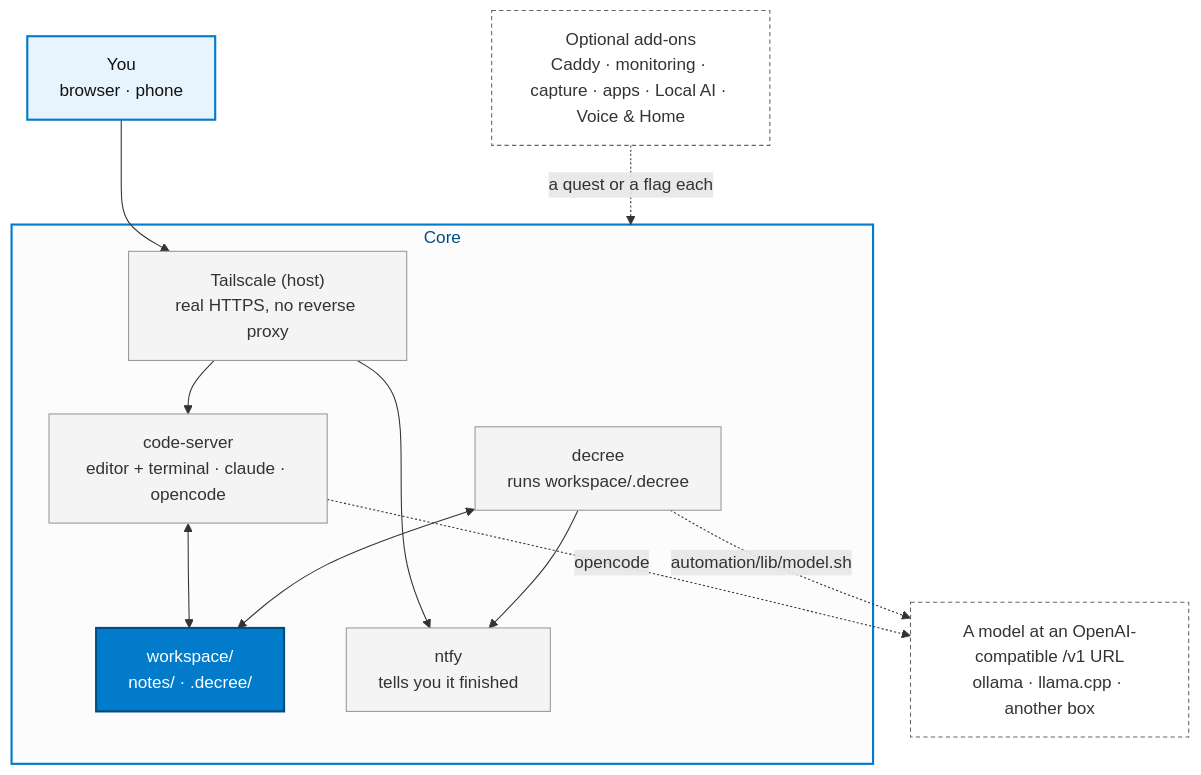
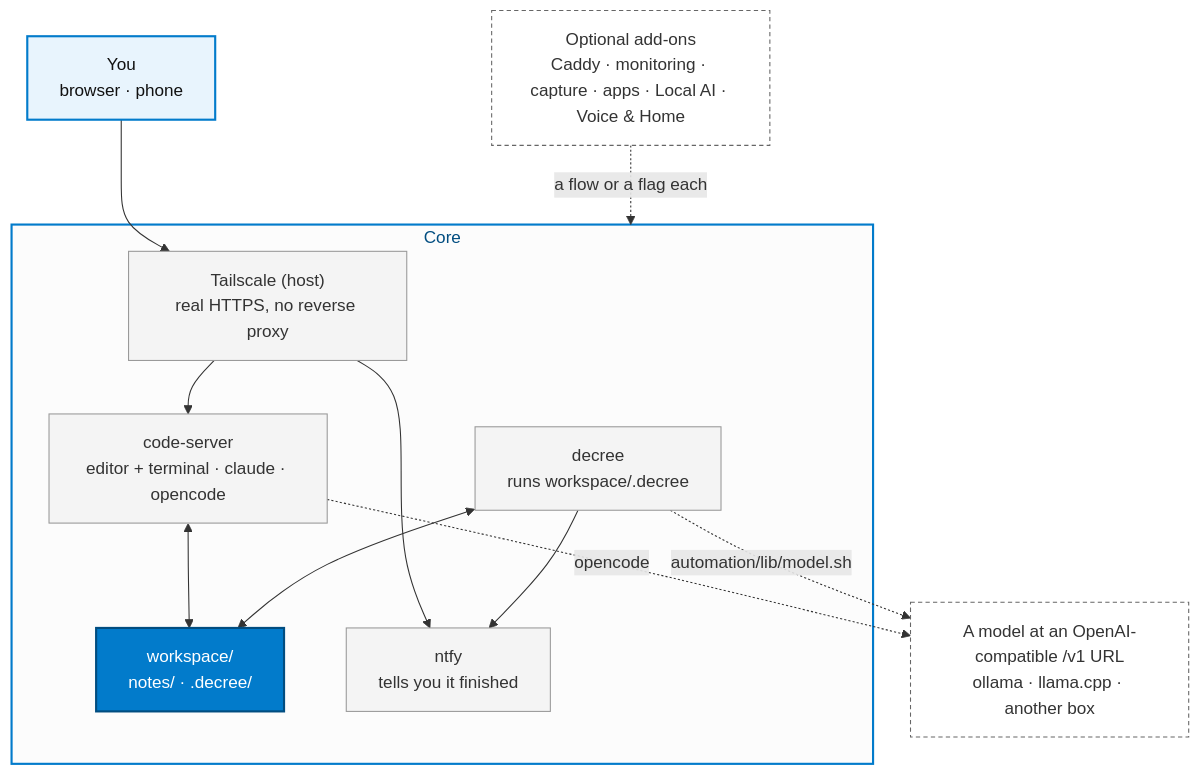
The second of 2 diagrams in README.md (jtmckay/existential), drawn with Mermaid before and after one commit. The commit also changed other lines of this file and 189 other files, not shown here.

First line of the commit message:
A flow is a folder: turn one on and it brings the services it needs (023-flows-replace-quests.md)

````diff
--- a/README.md
+++ b/README.md
@@ -92,35 +92,35 @@
 ```mermaid
 flowchart TB
     you["You<br/>browser · phone"]
 
     subgraph core["Core"]
         ts["Tailscale (host)<br/>real HTTPS, no reverse proxy"]
         cs["code-server<br/>editor + terminal · claude · opencode"]
         ws["workspace/<br/>notes/ · .decree/"]
         dec["decree<br/>runs workspace/.decree"]
         ntfy["ntfy<br/>tells you it finished"]
     end
 
     model["A model at an OpenAI-compatible /v1 URL<br/>ollama · llama.cpp · another box"]
     addons["Optional add-ons<br/>Caddy · monitoring · capture · apps · Local AI · Voice &amp; Home"]
 
     you --> ts
     ts --> cs
     ts --> ntfy
     cs <--> ws
     dec <--> ws
     dec --> ntfy
     cs -. "opencode" .-> model
     dec -. "automation/lib/model.sh" .-> model
-    addons -. "a quest or a flag each" .-> core
+    addons -. "a flow or a flag each" .-> core
 
     classDef me fill:#e8f4fd,stroke:#027bcb,stroke-width:2px,color:#111
     classDef hub fill:#027bcb,stroke:#014d80,stroke-width:2px,color:#fff
     classDef box fill:#f4f4f4,stroke:#999,color:#333
     classDef ext fill:#fff,stroke:#666,stroke-dasharray:4 3,color:#333
     class you me
     class ws hub
     class ts,cs,dec,ntfy box
     class model,addons ext
     style core fill:#fcfcfc,stroke:#027bcb,stroke-width:2px,color:#014d80
 ```
````
